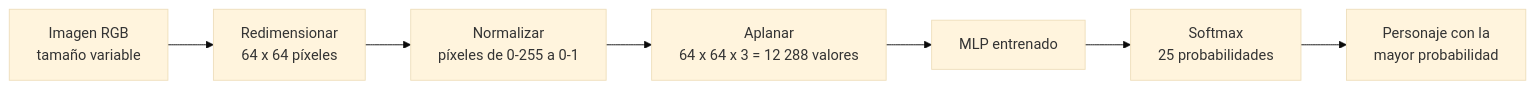
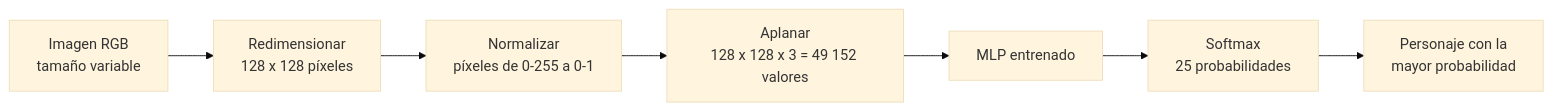
The second of 5 diagrams in PMC/README.md (ByFlopp/LosSimpsons_DeepLearning), drawn with Mermaid (base theme) before and after one commit. The commit also changed other lines of this file and 52 other files, not shown here.

````diff
--- a/PMC/README.md
+++ b/PMC/README.md
@@ -116,9 +110,9 @@
 ```mermaid
 flowchart LR
-    A[Imagen RGB<br/>tamaño variable] --> B[Redimensionar<br/>64 x 64 píxeles]
+    A[Imagen RGB<br/>tamaño variable] --> B[Redimensionar<br/>128 x 128 píxeles]
     B --> C[Normalizar<br/>píxeles de 0-255 a 0-1]
-    C --> D[Aplanar<br/>64 x 64 x 3 = 12 288 valores]
+    C --> D[Aplanar<br/>128 x 128 x 3 = 49 152 valores]
     D --> E[MLP entrenado]
     E --> F[Softmax<br/>25 probabilidades]
     F --> G[Personaje con la<br/>mayor probabilidad]
 ```
````
